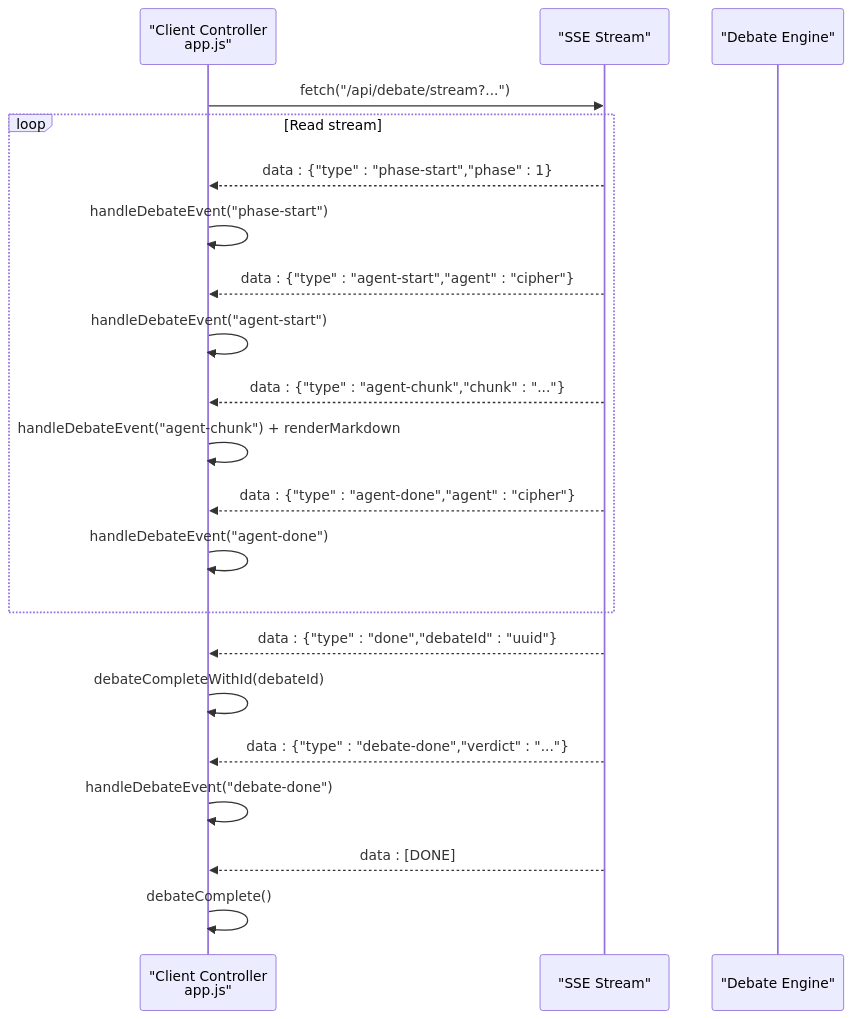
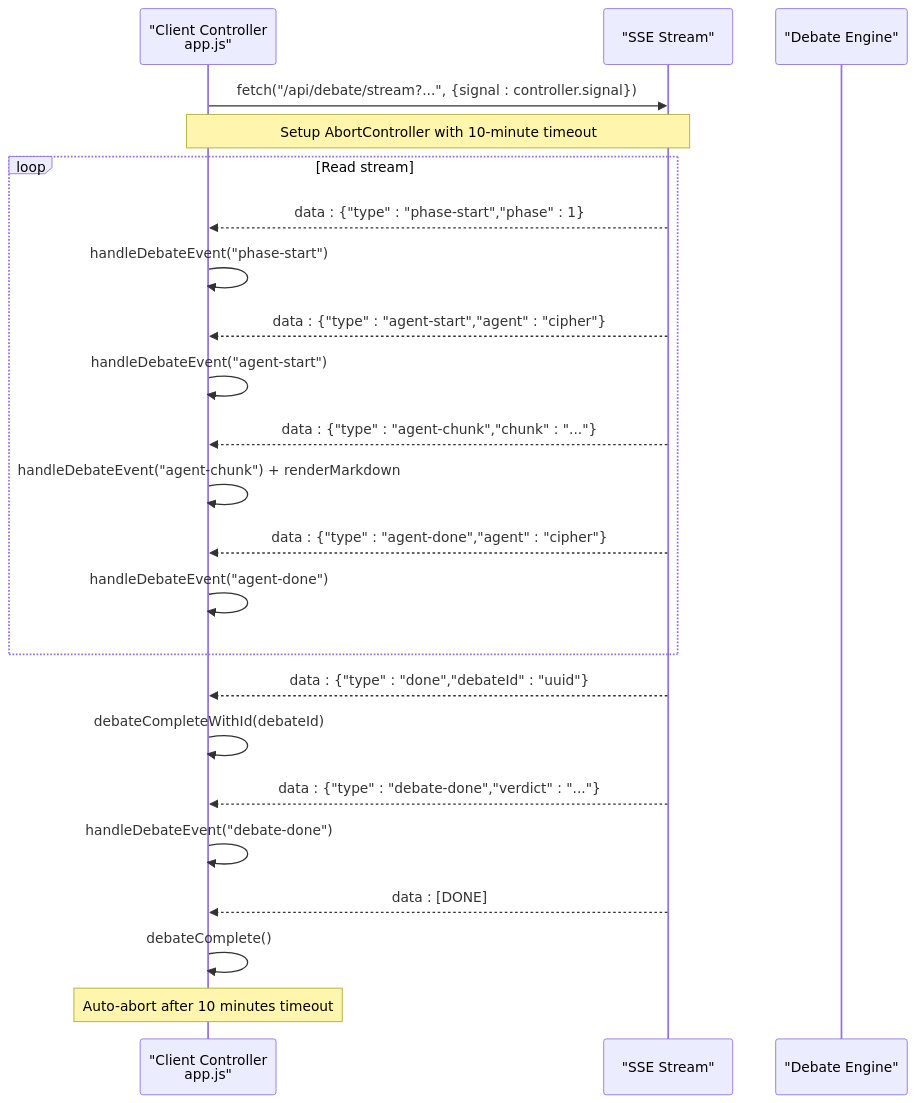
Before and after one commit to RunTimeAdmin/tri-ai: the sixth of 7 diagrams in .qoder/repowiki/en/content/AI Debate Engine/Real-Time Streaming Architecture.md, drawn with Mermaid. The commit also changed other lines of this file and 40 other files, not shown here.

````diff
--- a/.qoder/repowiki/en/content/AI Debate Engine/Real-Time Streaming Architecture.md
+++ b/.qoder/repowiki/en/content/AI Debate Engine/Real-Time Streaming Architecture.md
@@ -266,23 +245,25 @@
 ```mermaid
 sequenceDiagram
 participant Client as "Client Controller<br/>app.js"
 participant Stream as "SSE Stream"
 participant Engine as "Debate Engine"
-Client->>Stream : fetch("/api/debate/stream?...")
+Client->>Stream : fetch("/api/debate/stream?...", {signal : controller.signal})
+Note over Client,Stream : Setup AbortController with 10-minute timeout
 loop Read stream
 Stream-->>Client : data : {"type" : "phase-start","phase" : 1}
 Client->>Client : handleDebateEvent("phase-start")
 Stream-->>Client : data : {"type" : "agent-start","agent" : "cipher"}
 Client->>Client : handleDebateEvent("agent-start")
 Stream-->>Client : data : {"type" : "agent-chunk","chunk" : "..."}
 Client->>Client : handleDebateEvent("agent-chunk") + renderMarkdown
 Stream-->>Client : data : {"type" : "agent-done","agent" : "cipher"}
 Client->>Client : handleDebateEvent("agent-done")
 end
 Stream-->>Client : data : {"type" : "done","debateId" : "uuid"}
 Client->>Client : debateCompleteWithId(debateId)
 Stream-->>Client : data : {"type" : "debate-done","verdict" : "..."}
 Client->>Client : handleDebateEvent("debate-done")
 Stream-->>Client : data : [DONE]
 Client->>Client : debateComplete()
+Note over Client : Auto-abort after 10 minutes timeout
 ```
````
